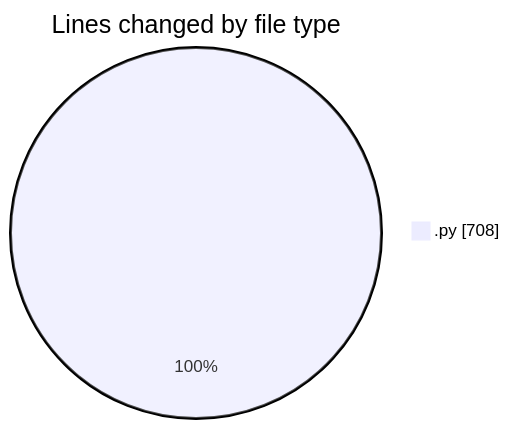
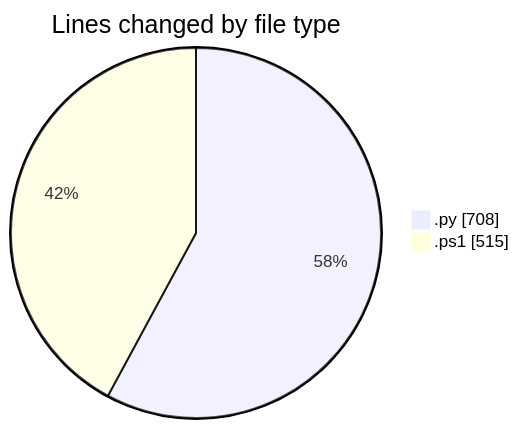
The first of 2 diagrams in 2026-07-08/shibass-ai/README.md (shibass792/code-tracking), drawn with Mermaid before and after one commit. The commit also changed other lines of this file and 1 other file, not shown here.

````diff
--- a/2026-07-08/shibass-ai/README.md
+++ b/2026-07-08/shibass-ai/README.md
@@ -20,5 +21,6 @@
 ```mermaid
 pie showData
 title Lines changed by file type
 ".py" : 708
+".ps1" : 515
 ```
````
